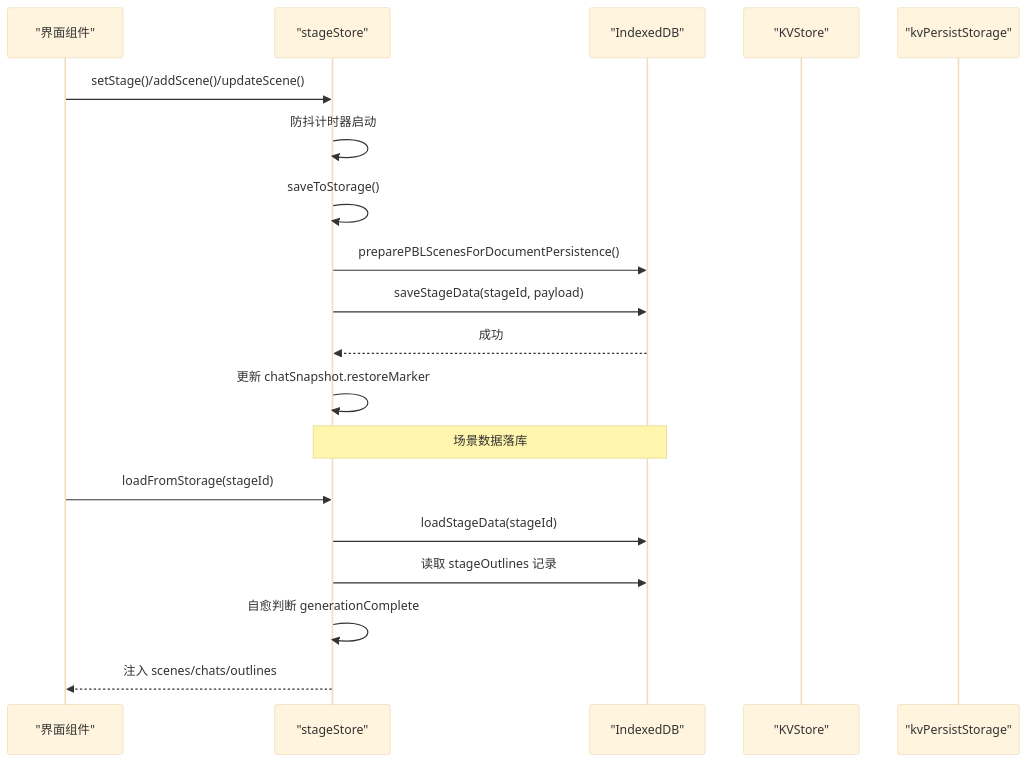
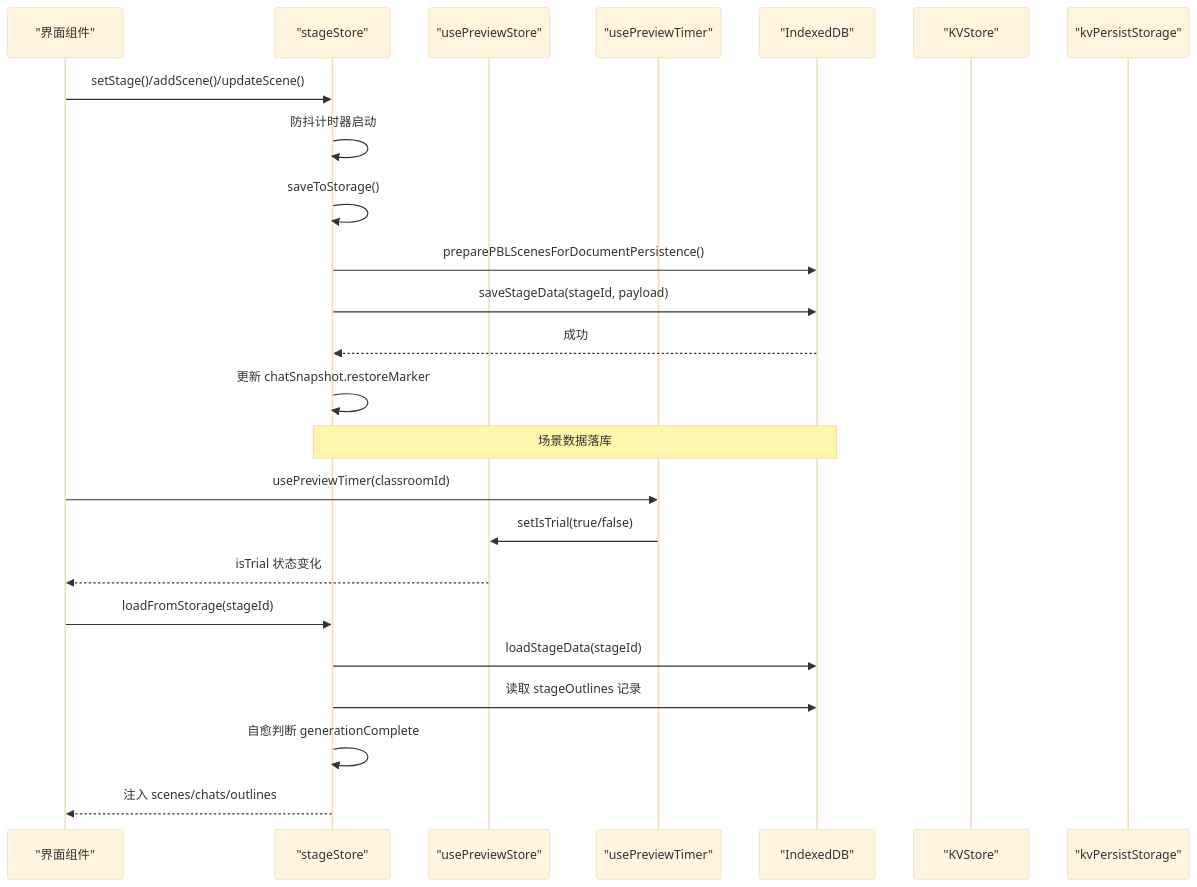
Before and after one commit to huangboheng/OpenMAIC: the first of 5 diagrams in .qoder/repowiki/zh/content/数据存储设计/Zustand 状态管理.md, drawn with Mermaid (base theme). The commit also changed other lines of this file and 41 other files, not shown here.

````diff
--- a/.qoder/repowiki/zh/content/数据存储设计/Zustand 状态管理.md
+++ b/.qoder/repowiki/zh/content/数据存储设计/Zustand 状态管理.md
@@ -22,21 +34,26 @@
 ```mermaid
 sequenceDiagram
 participant UI as "界面组件"
 participant Store as "stageStore"
+participant PreviewStore as "usePreviewStore"
+participant Timer as "usePreviewTimer"
 participant DB as "IndexedDB"
 participant KV as "KVStore"
 participant Persist as "kvPersistStorage"
 UI->>Store : setStage()/addScene()/updateScene()
 Store->>Store : 防抖计时器启动
 Store->>Store : saveToStorage()
 Store->>DB : preparePBLScenesForDocumentPersistence()
 Store->>DB : saveStageData(stageId, payload)
 DB-->>Store : 成功
 Store->>Store : 更新 chatSnapshot.restoreMarker
 Note over Store,DB : 场景数据落库
+UI->>Timer : usePreviewTimer(classroomId)
+Timer->>PreviewStore : setIsTrial(true/false)
+PreviewStore-->>UI : isTrial 状态变化
 UI->>Store : loadFromStorage(stageId)
 Store->>DB : loadStageData(stageId)
 Store->>DB : 读取 stageOutlines 记录
 Store->>Store : 自愈判断 generationComplete
 Store-->>UI : 注入 scenes/chats/outlines
 ```
````
